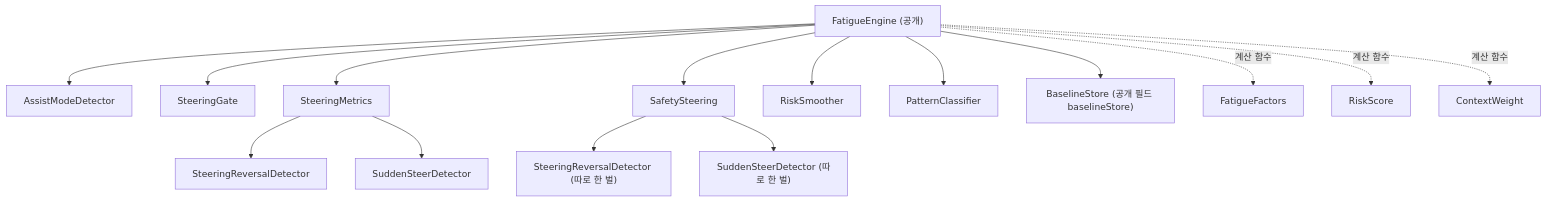
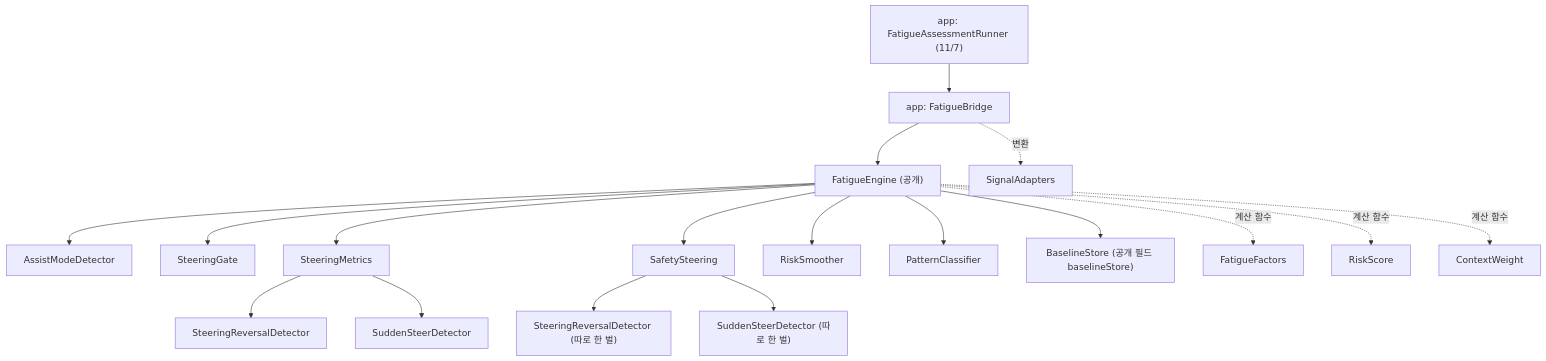
Before and after one commit to sleepissue/sleepissue: the diagram in docs/fatigue-engine/02-code-map.md, drawn with Mermaid. The commit also changed other lines of this file and 12 other files, not shown here.

````diff
--- a/docs/fatigue-engine/02-code-map.md
+++ b/docs/fatigue-engine/02-code-map.md
@@ -72,18 +82,20 @@
 ```mermaid
 flowchart TB
-  FE["FatigueEngine (공개)"]
+  RUN["app: FatigueAssessmentRunner (11/7)"] --> FB["app: FatigueBridge"]
+  FB --> FE["FatigueEngine (공개)"]
+  FB -. "변환" .-> SA["SignalAdapters"]
   FE --> AMD["AssistModeDetector"]
   FE --> SG["SteeringGate"]
   FE --> SM["SteeringMetrics"]
   FE --> SS["SafetySteering"]
   FE --> RS["RiskSmoother"]
   FE --> PC["PatternClassifier"]
   FE --> BS["BaselineStore (공개 필드 baselineStore)"]
   SM --> SRD["SteeringReversalDetector"]
   SM --> SSD["SuddenSteerDetector"]
   SS --> SRD2["SteeringReversalDetector (따로 한 벌)"]
   SS --> SSD2["SuddenSteerDetector (따로 한 벌)"]
   FE -. "계산 함수" .-> FF["FatigueFactors"]
   FE -. "계산 함수" .-> RSC["RiskScore"]
   FE -. "계산 함수" .-> CW["ContextWeight"]
 ```
````
